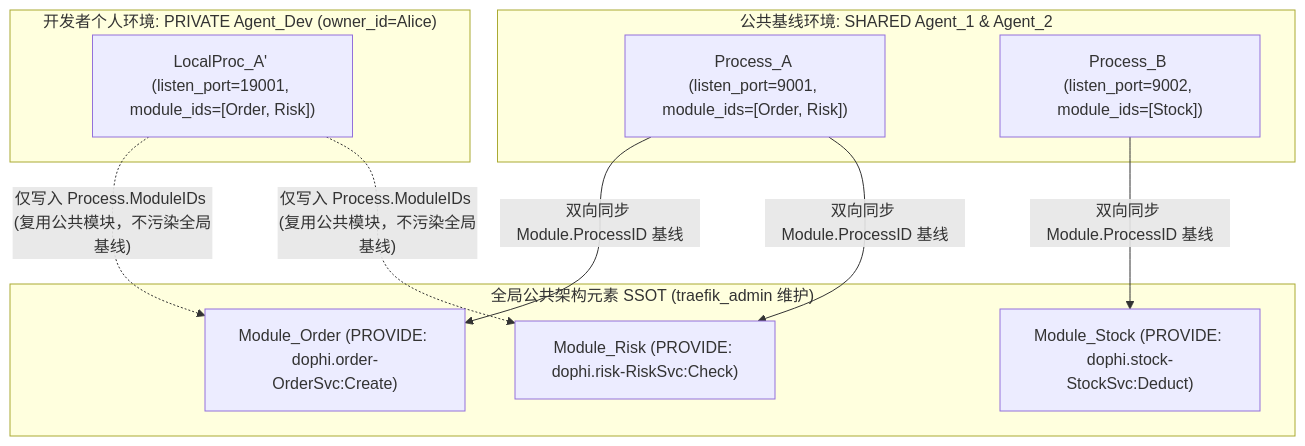
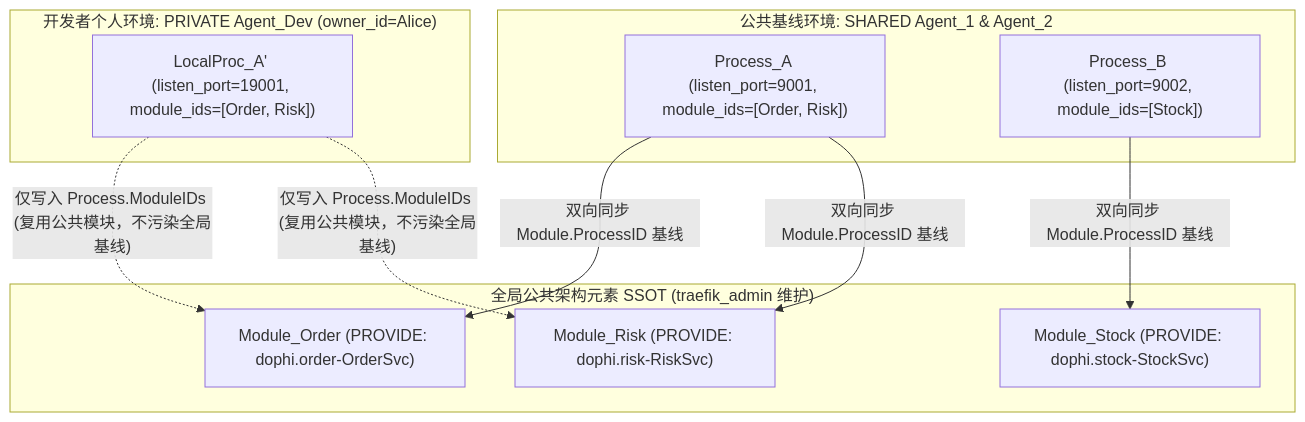
One commit to fugui/code-traefik changed the first of 2 diagrams in docs/02-design/03-architecture-elements-and-topology.md. Above: the diagram before and after it, drawn with Mermaid. The commit also changed other lines of this file and 27 other files, not shown here.

````diff
--- a/docs/02-design/03-architecture-elements-and-topology.md
+++ b/docs/02-design/03-architecture-elements-and-topology.md
@@ -152,23 +152,23 @@
 ```mermaid
 flowchart TB
     subgraph PublicSSOT["全局公共架构元素 SSOT (traefik_admin 维护)"]
-        Mod1["Module_Order (PROVIDE: dophi.order-OrderSvc:Create)"]
-        Mod2["Module_Risk (PROVIDE: dophi.risk-RiskSvc:Check)"]
-        Mod3["Module_Stock (PROVIDE: dophi.stock-StockSvc:Deduct)"]
+        Mod1["Module_Order (PROVIDE: dophi.order-OrderSvc)"]
+        Mod2["Module_Risk (PROVIDE: dophi.risk-RiskSvc)"]
+        Mod3["Module_Stock (PROVIDE: dophi.stock-StockSvc)"]
     end
 
     subgraph SharedEnv["公共基线环境: SHARED Agent_1 & Agent_2"]
         Proc1["Process_A (listen_port=9001, module_ids=[Order, Risk])"]
         Proc2["Process_B (listen_port=9002, module_ids=[Stock])"]
     end
 
     subgraph PrivateEnv["开发者个人环境: PRIVATE Agent_Dev (owner_id=Alice)"]
         PrivProc["LocalProc_A' (listen_port=19001, module_ids=[Order, Risk])"]
     end
 
     Proc1 -- "双向同步 Module.ProcessID 基线" --> Mod1
     Proc1 -- "双向同步 Module.ProcessID 基线" --> Mod2
     Proc2 -- "双向同步 Module.ProcessID 基线" --> Mod3
     PrivProc -. "仅写入 Process.ModuleIDs (复用公共模块，不污染全局基线)" .-> Mod1
     PrivProc -. "仅写入 Process.ModuleIDs (复用公共模块，不污染全局基线)" .-> Mod2
 ```
````
